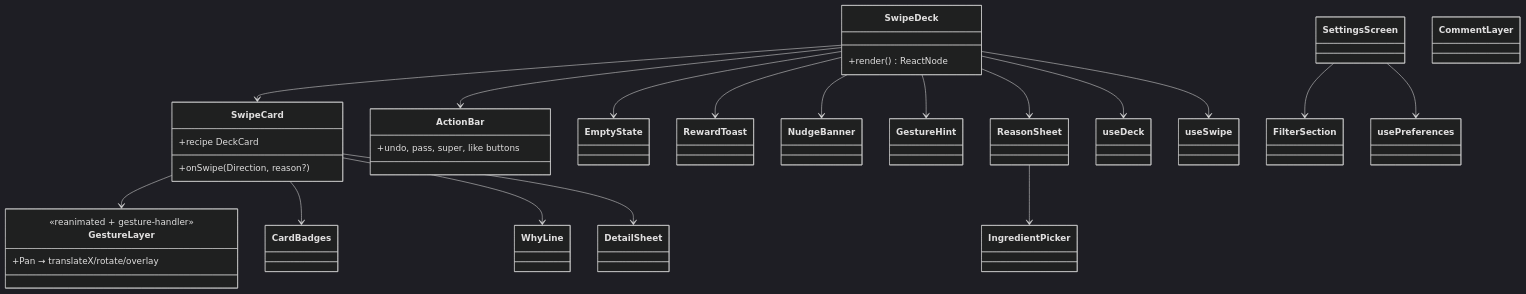
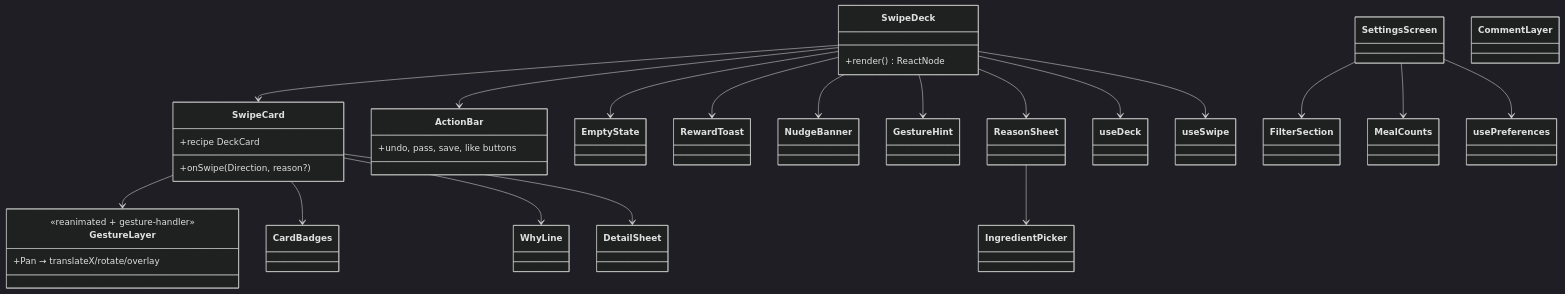
One commit to jordangaston/harvest changed the sixth of 6 diagrams in docs/swipe-ui/DESIGN.md. Above: the diagram before and after it, drawn with Mermaid (dark theme). The commit also changed other lines of this file and 1 other file, not shown here.

First line of the commit message:
docs(swipe-ui): sync design to the built state (Save action, weekly budget, meal counts, weights removed)

```diff
--- a/docs/swipe-ui/DESIGN.md
+++ b/docs/swipe-ui/DESIGN.md
@@ -320,49 +337,51 @@
 ~~~mermaid
 classDiagram
     class SwipeDeck {
         +render() ReactNode
     }
     class SwipeCard {
         +recipe DeckCard
         +onSwipe(Direction, reason?)
     }
     class GestureLayer {
         <<reanimated + gesture-handler>>
         +Pan → translateX/rotate/overlay
     }
     class CardBadges
     class WhyLine
     class DetailSheet
     class ReasonSheet
     class IngredientPicker
     class ActionBar {
-        +undo, pass, super, like buttons
+        +undo, pass, save, like buttons
     }
     class EmptyState
     class RewardToast
     class NudgeBanner
     class GestureHint
     class SettingsScreen
     class FilterSection
+    class MealCounts
     class CommentLayer
     class useDeck
     class useSwipe
     class usePreferences
 
     SwipeDeck --> SwipeCard
     SwipeDeck --> ActionBar
     SwipeDeck --> EmptyState
     SwipeDeck --> RewardToast
     SwipeDeck --> NudgeBanner
     SwipeDeck --> GestureHint
     SwipeCard --> GestureLayer
     SwipeCard --> CardBadges
     SwipeCard --> WhyLine
     SwipeCard --> DetailSheet
     SwipeDeck --> ReasonSheet
     ReasonSheet --> IngredientPicker
     SwipeDeck --> useDeck
     SwipeDeck --> useSwipe
     SettingsScreen --> FilterSection
+    SettingsScreen --> MealCounts
     SettingsScreen --> usePreferences
 ~~~
```
